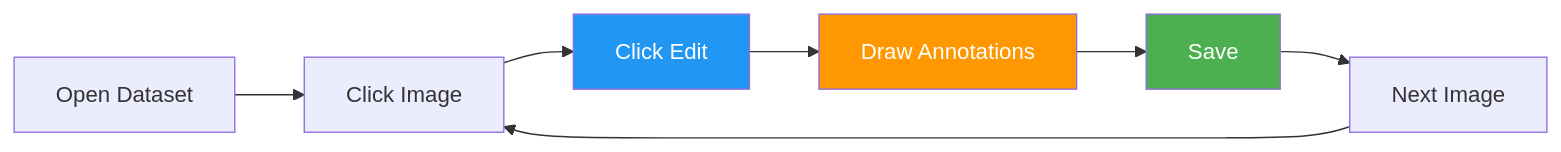
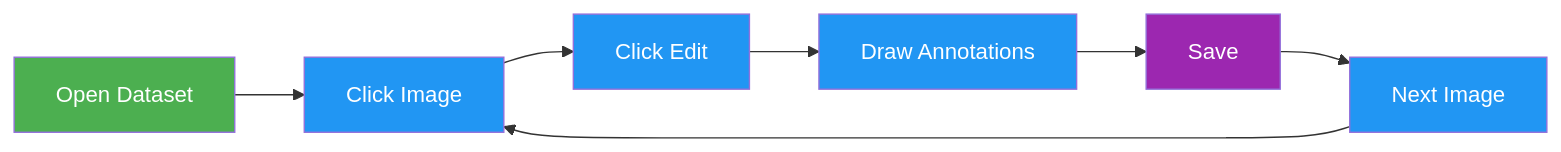
Before and after one commit to medusa717/AI-ULTRALYTICS: the second of 3 diagrams in docs/en/platform/data/annotation.md, drawn with Mermaid. The commit also changed other lines of this file and 18 other files, not shown here.

Commit message:
Standardize Mermaid diagram colors across docs (#24932)

````diff
--- a/docs/en/platform/data/annotation.md
+++ b/docs/en/platform/data/annotation.md
@@ -107,13 +110,13 @@
 ```mermaid
 graph LR
-    A[Open Dataset] --> B[Click Image]
-    B --> C[Click Edit]
-    C --> D[Draw Annotations]
-    D --> E[Save]
-    E --> F[Next Image]
+    A[Open Dataset]:::start --> B[Click Image]:::proc
+    B --> C[Click Edit]:::proc
+    C --> D[Draw Annotations]:::proc
+    D --> E[Save]:::out
+    E --> F[Next Image]:::proc
     F --> B
 
-    style C fill:#2196F3,color:#fff
-    style D fill:#FF9800,color:#fff
-    style E fill:#4CAF50,color:#fff
+    classDef start fill:#4CAF50,color:#fff
+    classDef proc fill:#2196F3,color:#fff
+    classDef out fill:#9C27B0,color:#fff
 ```
````
